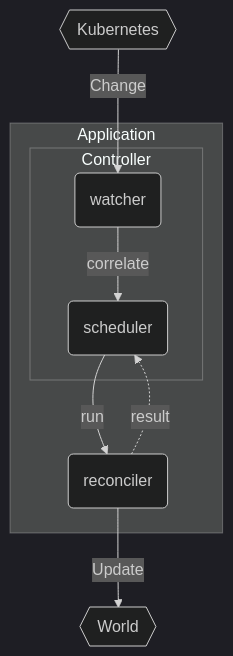
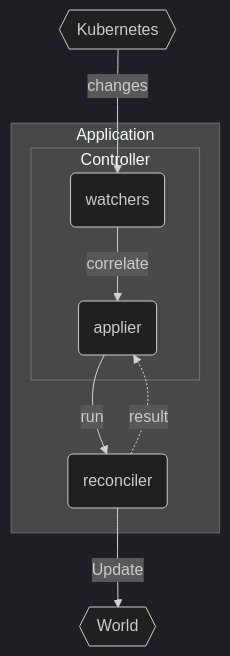
One commit to kube-rs/website changed the diagram in docs/controllers/reconciler.md. Above: the diagram before and after it, drawn with Mermaid (dark theme). The commit also changed other lines of this file and 5 other files, not shown here.

````diff
--- a/docs/controllers/reconciler.md
+++ b/docs/controllers/reconciler.md
@@ -11,16 +11,16 @@
 ```mermaid
 graph TD
-    K{{Kubernetes}} -->|Change| W(watcher)
-    W -->|correlate| S(scheduler)
-    S -->|run| R(reconciler)
+    K{{Kubernetes}} -->|changes| W(watchers)
+    W -->|correlate| A(applier)
+    A -->|run| R(reconciler)
     R -->|Update| X{{World}}
-    R -.->|result| S
+    R -.->|result| A
     subgraph "Controller"
     W
-    S
+    A
     end
     subgraph "Application"
     Controller
     R
     end
 ```
````
